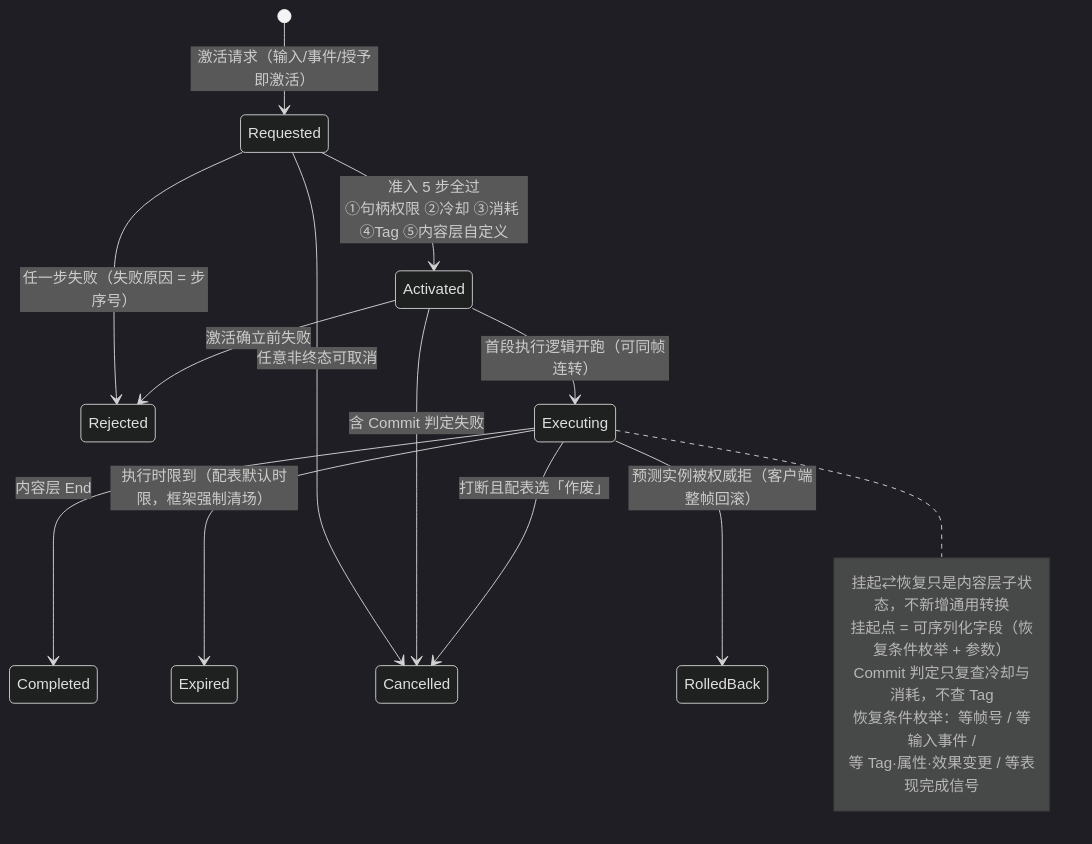
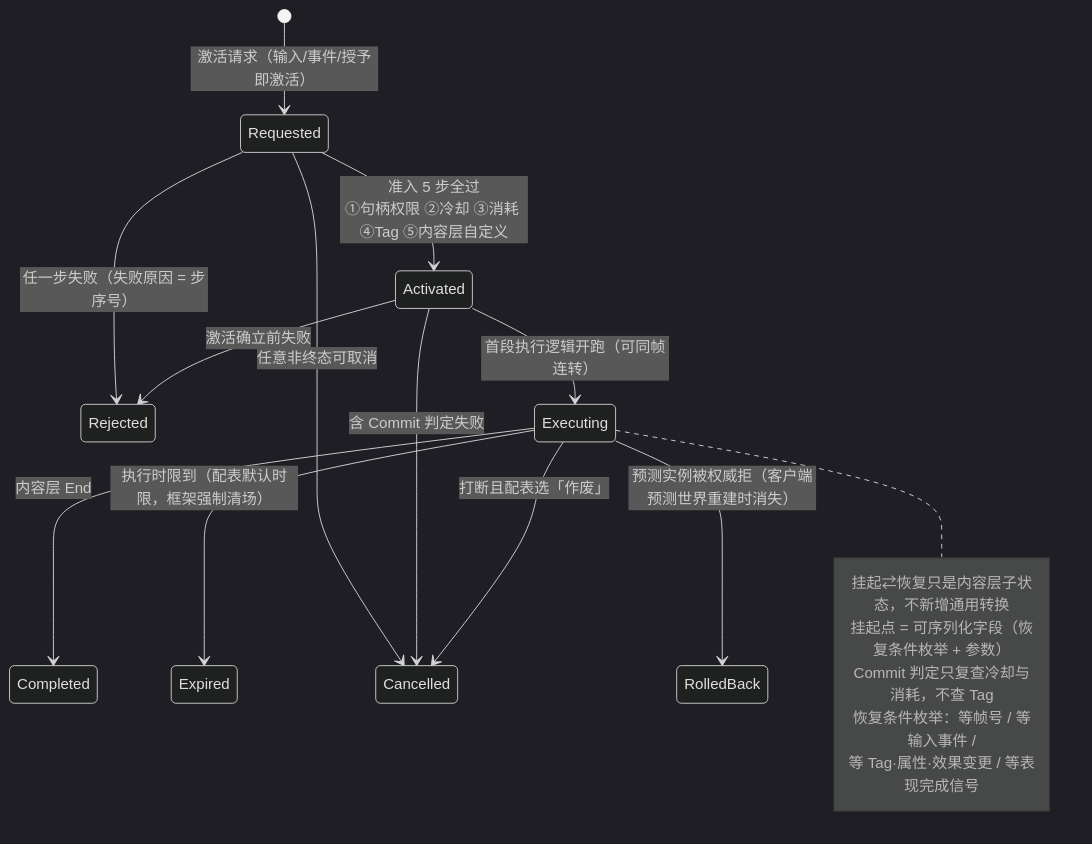
Before and after one commit to LumioGames/LumioGameEngine: the second of 4 diagrams in .spec/knowledge/features/gas.md, drawn with Mermaid (dark theme). The commit also changed other lines of this file and 20 other files, not shown here.

````diff
--- a/.spec/knowledge/features/gas.md
+++ b/.spec/knowledge/features/gas.md
@@ -112,21 +114,21 @@
 ```mermaid
 stateDiagram-v2
     [*] --> Requested: 激活请求（输入/事件/授予即激活）
     Requested --> Activated: 准入 5 步全过<br/>①句柄权限 ②冷却 ③消耗 ④Tag ⑤内容层自定义
     Requested --> Rejected: 任一步失败（失败原因 = 步序号）
     Activated --> Rejected: 激活确立前失败
     Activated --> Executing: 首段执行逻辑开跑（可同帧连转）
     Executing --> Completed: 内容层 End
     Executing --> Expired: 执行时限到（配表默认时限，框架强制清场）
     Requested --> Cancelled: 任意非终态可取消
     Activated --> Cancelled: 含 Commit 判定失败
     Executing --> Cancelled: 打断且配表选「作废」
-    Executing --> RolledBack: 预测实例被权威拒（客户端整帧回滚）
+    Executing --> RolledBack: 预测实例被权威拒（客户端预测世界重建时消失）
     note right of Executing
       挂起⇄恢复只是内容层子状态，不新增通用转换
       挂起点 = 可序列化字段（恢复条件枚举 + 参数）
       Commit 判定只复查冷却与消耗，不查 Tag
       恢复条件枚举：等帧号 / 等输入事件 /
       等 Tag·属性·效果变更 / 等表现完成信号
     end note
 ```
````
